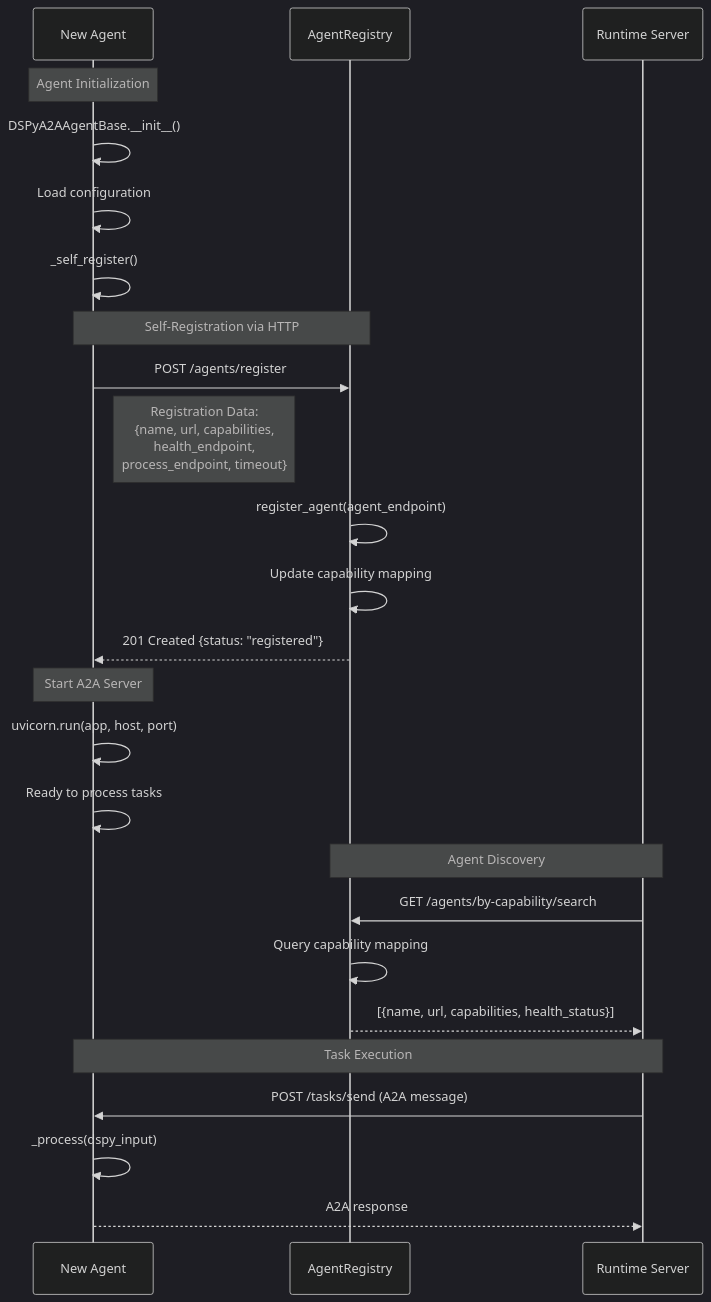
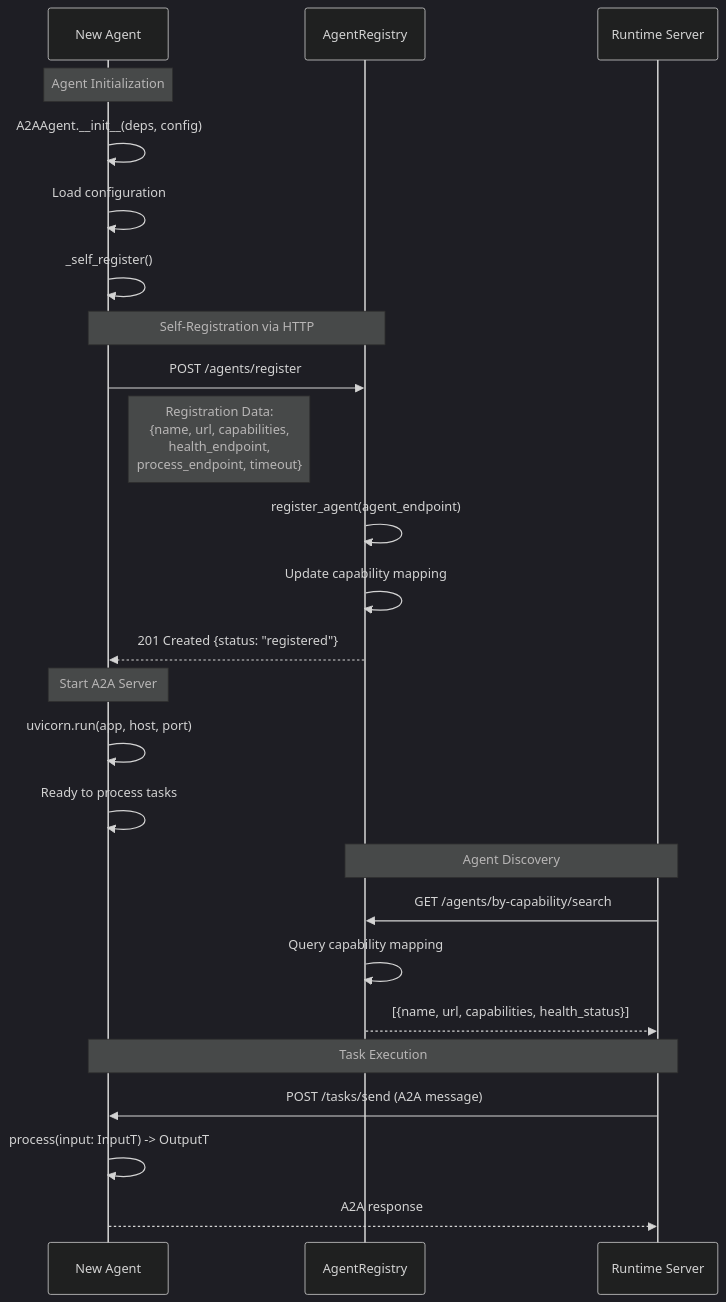
Before and after one commit to amit-jain/cogniverse: the first of 8 diagrams in docs/architecture/multi-agent-interactions.md, drawn with Mermaid (dark theme). The commit also changed other lines of this file and 41 other files, not shown here.

First line of the commit message:
Migrate agents to type-safe A2AAgent base class

````diff
--- a/docs/architecture/multi-agent-interactions.md
+++ b/docs/architecture/multi-agent-interactions.md
@@ -57,33 +57,33 @@
 ```mermaid
 sequenceDiagram
     participant Agent as New Agent
     participant Registry as AgentRegistry
     participant Runtime as Runtime Server
 
     Note over Agent: Agent Initialization
-    Agent->>Agent: DSPyA2AAgentBase.__init__()
+    Agent->>Agent: A2AAgent.__init__(deps, config)
     Agent->>Agent: Load configuration
     Agent->>Agent: _self_register()
 
     Note over Agent,Registry: Self-Registration via HTTP
     Agent->>Registry: POST /agents/register
     Note right of Agent: Registration Data:<br/>{name, url, capabilities,<br/>health_endpoint,<br/>process_endpoint, timeout}
 
     Registry->>Registry: register_agent(agent_endpoint)
     Registry->>Registry: Update capability mapping
     Registry-->>Agent: 201 Created {status: "registered"}
 
     Note over Agent: Start A2A Server
     Agent->>Agent: uvicorn.run(app, host, port)
     Agent->>Agent: Ready to process tasks
 
     Note over Runtime,Registry: Agent Discovery
     Runtime->>Registry: GET /agents/by-capability/search
     Registry->>Registry: Query capability mapping
     Registry-->>Runtime: [{name, url, capabilities, health_status}]
 
     Note over Runtime,Agent: Task Execution
     Runtime->>Agent: POST /tasks/send (A2A message)
-    Agent->>Agent: _process(dspy_input)
+    Agent->>Agent: process(input: InputT) -> OutputT
     Agent-->>Runtime: A2A response
 ```
````
